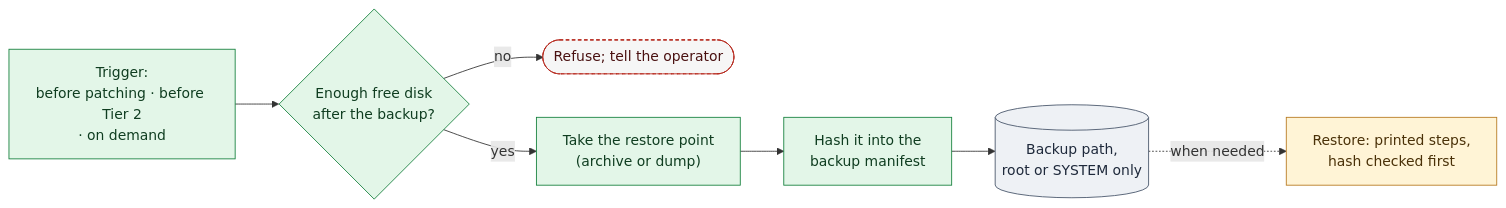
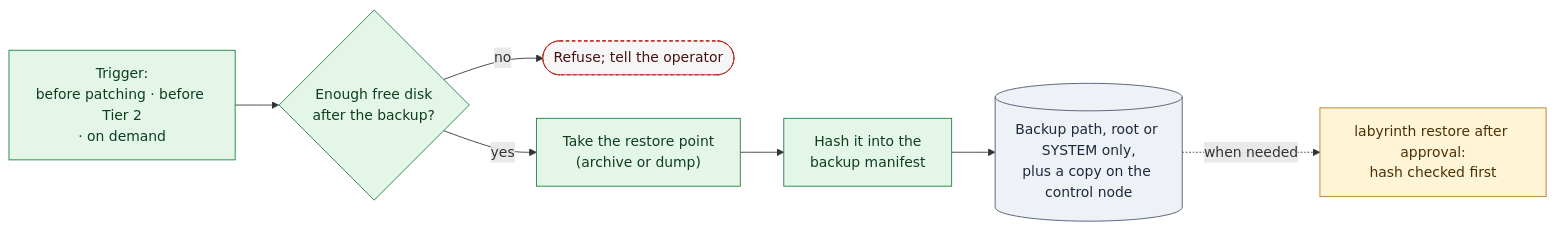
Before and after one commit to dotnetdork/Labyrinth: the diagram in docs/design/14-Backup-and-Recovery.md, drawn with Mermaid. The commit also changed other lines of this file and 14 other files, not shown here.

````diff
--- a/docs/design/14-Backup-and-Recovery.md
+++ b/docs/design/14-Backup-and-Recovery.md
@@ -41,17 +43,17 @@
 ```mermaid
 flowchart LR
     TRG["Trigger:<br/>before patching · before Tier 2<br/>· on demand"] --> SPC{"Enough free disk<br/>after the backup?"}
     SPC -->|no| REF(["Refuse; tell the operator"])
     SPC -->|yes| BK["Take the restore point<br/>(archive or dump)"]
     BK --> HS["Hash it into the<br/>backup manifest"]
-    HS --> ST[("Backup path,<br/>root or SYSTEM only")]
-    ST -.->|"when needed"| RS["Restore: printed steps,<br/>hash checked first"]
+    HS --> ST[("Backup path, root or SYSTEM only,<br/>plus a copy on the control node")]
+    ST -.->|"when needed"| RS["labyrinth restore after approval:<br/>hash checked first"]
     classDef sustain fill:#e3f6e8,stroke:#15803d,color:#0f3d20
     classDef human fill:#fff4d6,stroke:#b7791f,color:#4a3108
     classDef store fill:#eef1f5,stroke:#475569,color:#1e293b
     classDef stop fill:#f6f6f6,stroke:#b42318,color:#4a1111,stroke-dasharray:4 3
     class TRG,SPC,BK,HS sustain
     class RS human
     class ST store
     class REF stop
 ```
````
